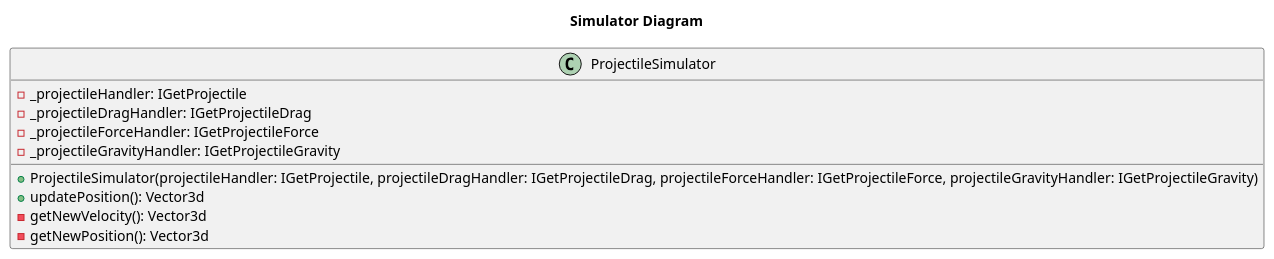
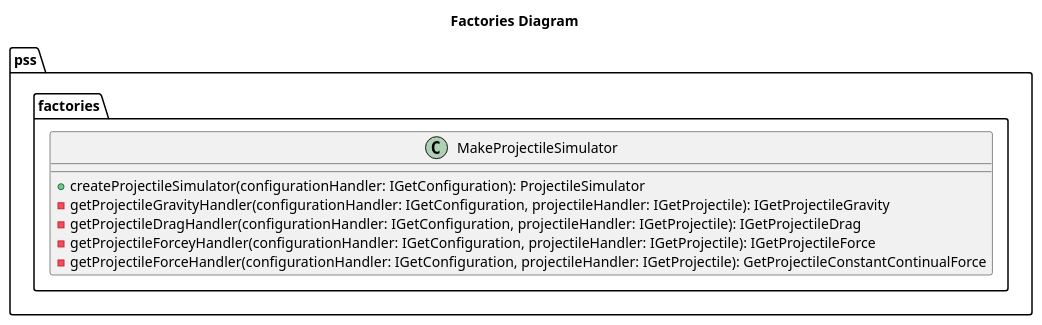
One commit to katanallama/projectile-simulation-suite changed the third of 8 diagrams in docs/res/design.org. Above: the diagram before and after it, drawn with PlantUML. The commit also changed other lines of this file and 12 other files, not shown here.

```diff
--- a/docs/res/design.org
+++ b/docs/res/design.org
@@ -48,17 +186,16 @@
-#+begin_src plantuml :file simulator.png
+#+begin_src plantuml :file factories.png
 @startuml
-title Simulator Diagram
+title Factories Diagram
 
-class "ProjectileSimulator" as ProjectileSimulator {
-    -_projectileHandler: IGetProjectile
-    -_projectileDragHandler: IGetProjectileDrag
-    -_projectileForceHandler: IGetProjectileForce
-    -_projectileGravityHandler: IGetProjectileGravity
-    +ProjectileSimulator(projectileHandler: IGetProjectile, projectileDragHandler: IGetProjectileDrag, projectileForceHandler: IGetProjectileForce, projectileGravityHandler: IGetProjectileGravity)
-    +updatePosition(): Vector3d
-    -getNewVelocity(): Vector3d
-    -getNewPosition(): Vector3d
+package pss.factories {
+    class "MakeProjectileSimulator" as MakeProjectileSimulator {
+        +createProjectileSimulator(configurationHandler: IGetConfiguration): ProjectileSimulator
+        -getProjectileGravityHandler(configurationHandler: IGetConfiguration, projectileHandler: IGetProjectile): IGetProjectileGravity
+        -getProjectileDragHandler(configurationHandler: IGetConfiguration, projectileHandler: IGetProjectile): IGetProjectileDrag
+        -getProjectileForceyHandler(configurationHandler: IGetConfiguration, projectileHandler: IGetProjectile): IGetProjectileForce
+        -getProjectileForceHandler(configurationHandler: IGetConfiguration, projectileHandler: IGetProjectile): GetProjectileConstantContinualForce
+    }
 }
 
 @enduml
 #+end_src
```
